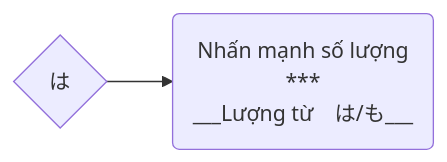
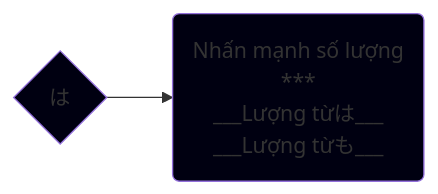
One commit to tea1504/learn changed the diagram in TroTu/は.md. Above: the diagram before and after it, drawn with Mermaid. The commit also changed 12 other files, not shown here.

````diff
--- a/TroTu/は.md
+++ b/TroTu/は.md
@@ -1,6 +1,9 @@
 ```mermaid
 graph LR;
 	tt{は}
 
-	tt-->nhanManhSoLuong(Nhấn mạnh số lượng\n***\n___Lượng từ　は/も___)
+	tt-->nhanManhSoLuong(Nhấn mạnh số lượng\n***\n___Lượng từは___\n___Lượng từも___)
+
+	style tt fill:#001
+	style nhanManhSoLuong fill:#001
 ```
````
